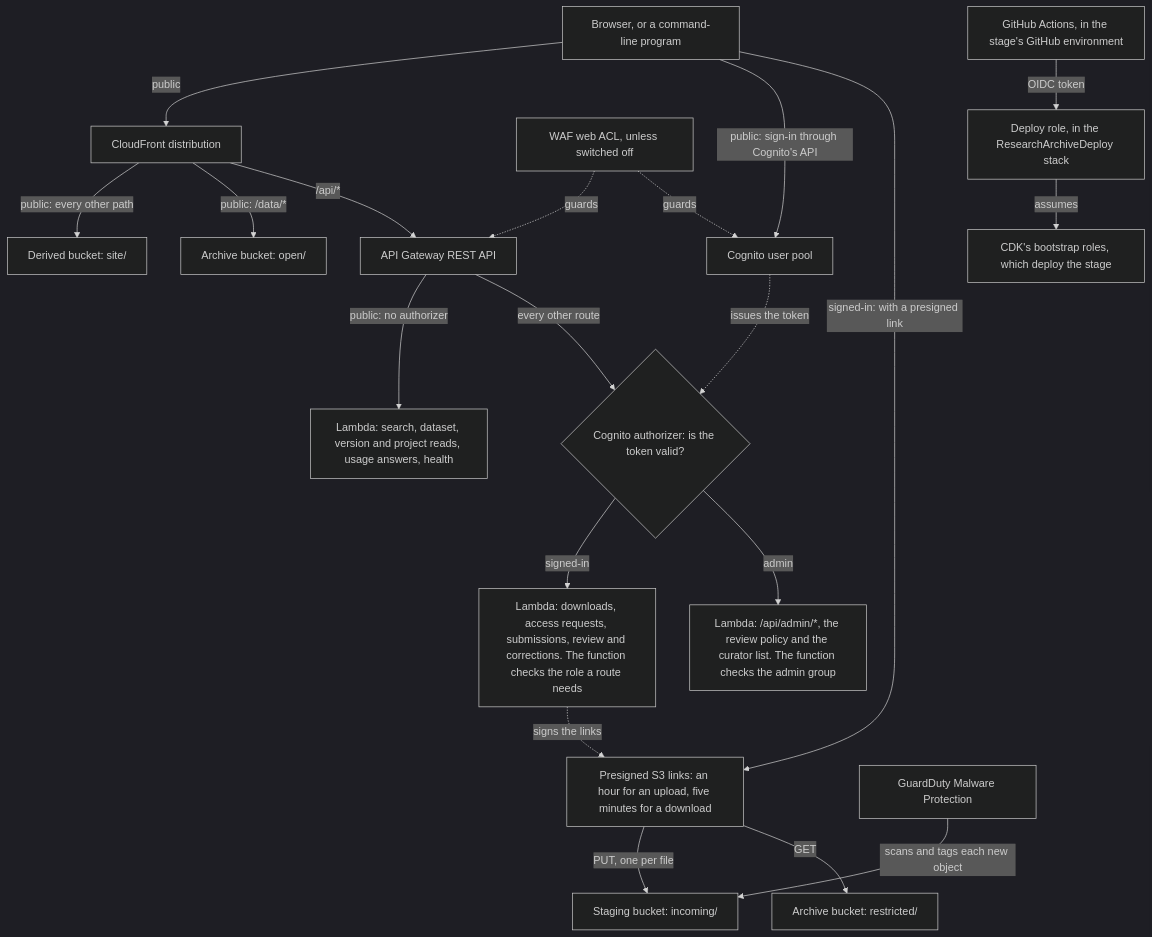
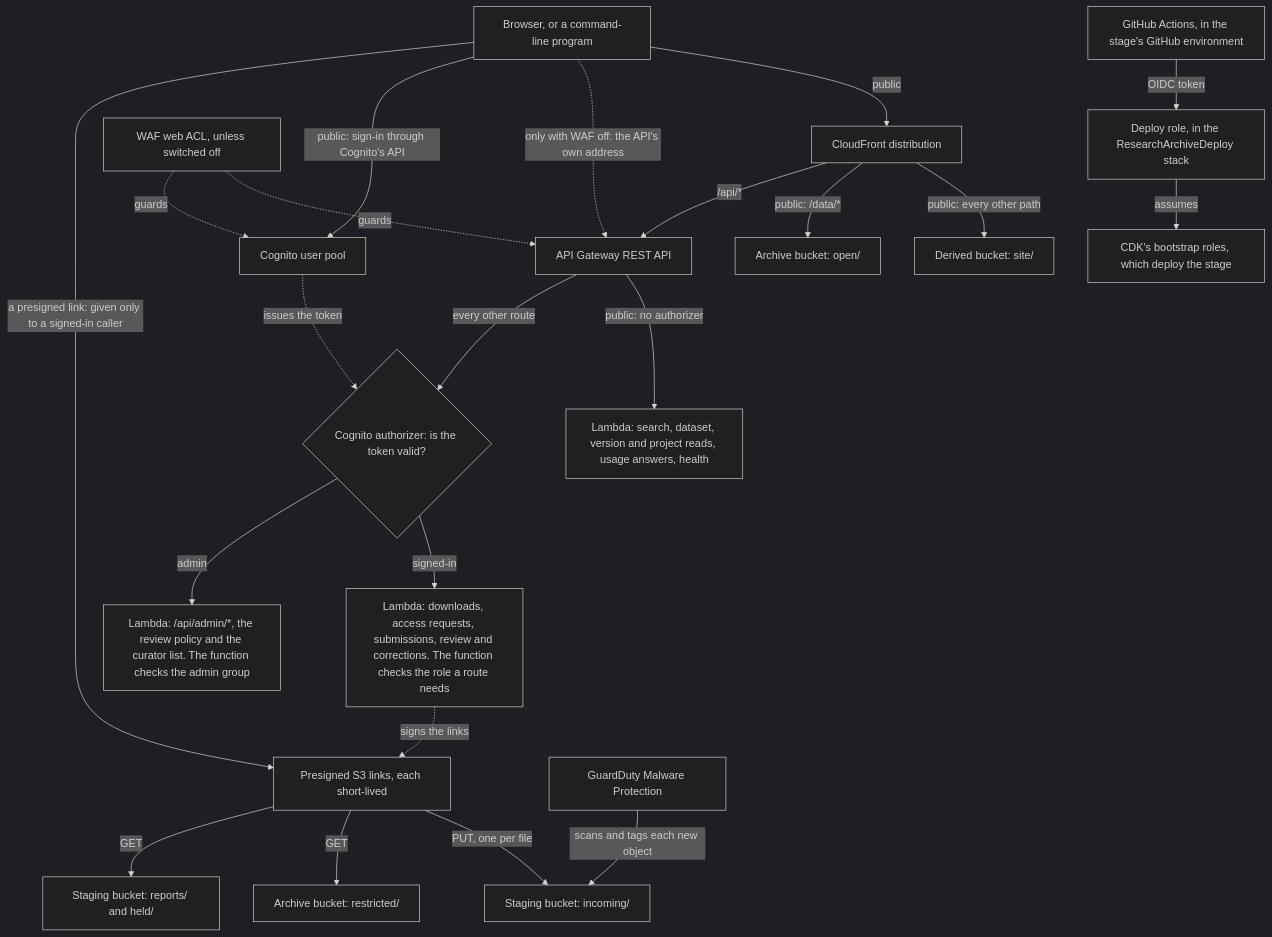
The fourth of 5 diagrams in docs/architecture.md (schuettc/research-archive-in-a-box), drawn with Mermaid (dark theme) before and after one commit. The commit also changed other lines of this file and 1 other file, not shown here.

Commit message:
The diagrams say what is open with WAF off, how a later round's draft ends, and what a presigned link is

````diff
--- a/docs/architecture.md
+++ b/docs/architecture.md
@@ -137,23 +139,25 @@
 ```mermaid
 flowchart TD
   reader["Browser, or a command-line program"]
   reader -- "public" --> cf["CloudFront distribution"]
   cf -- "public: every other path" --> site["Derived bucket: site/"]
   cf -- "public: /data/*" --> open["Archive bucket: open/"]
   cf -- "/api/*" --> api["API Gateway REST API"]
+  reader -. "only with WAF off: the API's own address" .-> api
   api -- "public: no authorizer" --> readRoutes["Lambda: search, dataset, version and project reads, usage answers, health"]
   api -- "every other route" --> authorizer{"Cognito authorizer: is the token valid?"}
   authorizer -- "signed-in" --> signedRoutes["Lambda: downloads, access requests, submissions, review and corrections. The function checks the role a route needs"]
   authorizer -- "admin" --> adminRoutes["Lambda: /api/admin/*, the review policy and the curator list. The function checks the admin group"]
   reader -- "public: sign-in through Cognito's API" --> pool["Cognito user pool"]
   pool -. "issues the token" .-> authorizer
   waf["WAF web ACL, unless switched off"] -. "guards" .-> api
   waf -. "guards" .-> pool
-  signedRoutes -. "signs the links" .-> links["Presigned S3 links: an hour for an upload, five minutes for a download"]
-  reader -- "signed-in: with a presigned link" --> links
+  signedRoutes -. "signs the links" .-> links["Presigned S3 links, each short-lived"]
+  reader -- "a presigned link: given only to a signed-in caller" --> links
   links -- "PUT, one per file" --> incoming["Staging bucket: incoming/"]
   links -- "GET" --> restricted["Archive bucket: restricted/"]
+  links -- "GET" --> stagingRead["Staging bucket: reports/ and held/"]
   guardduty["GuardDuty Malware Protection"] -- "scans and tags each new object" --> incoming
   github["GitHub Actions, in the stage's GitHub environment"] -- "OIDC token" --> role["Deploy role, in the ResearchArchiveDeploy stack"]
   role -- "assumes" --> bootstrap["CDK's bootstrap roles, which deploy the stage"]
 ```
````
